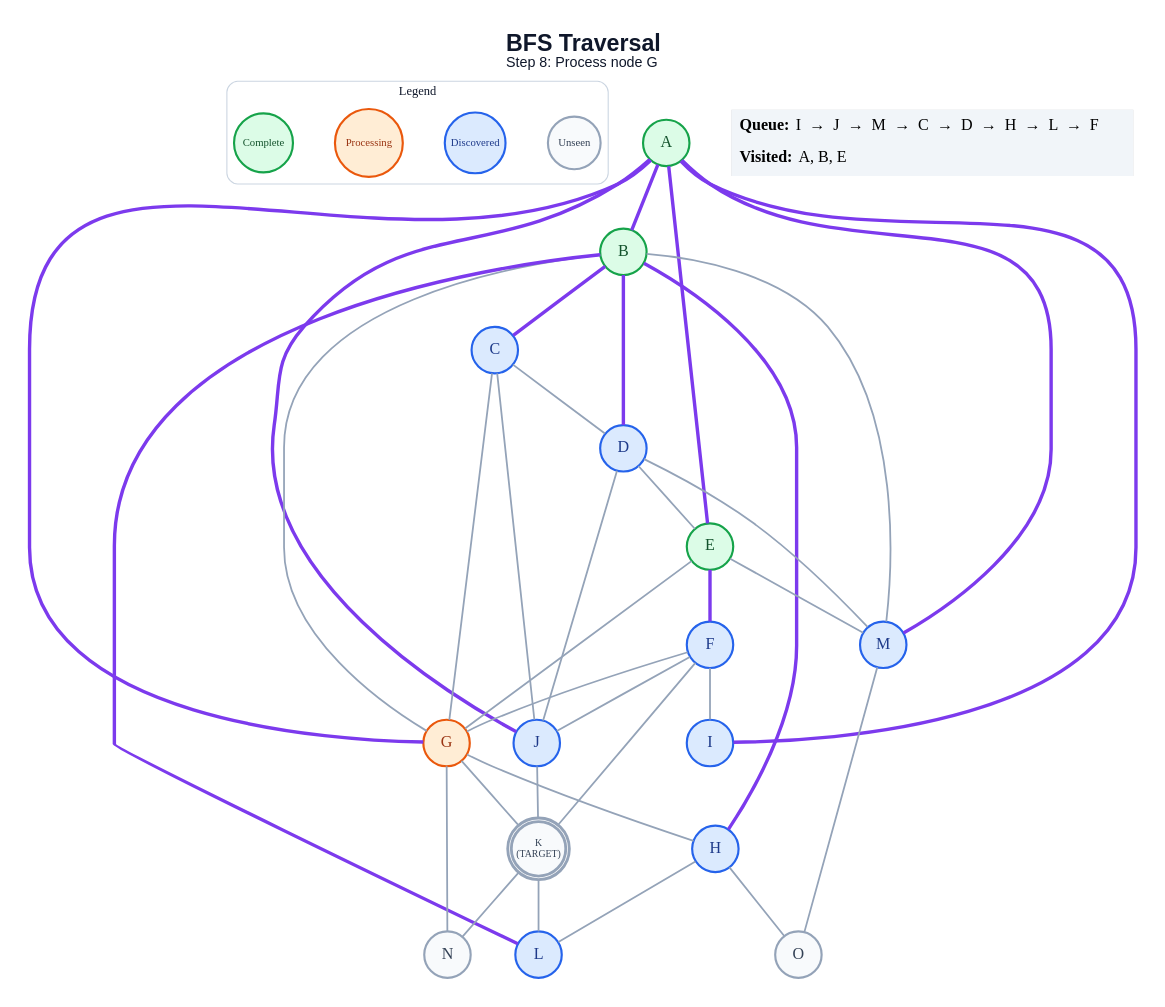
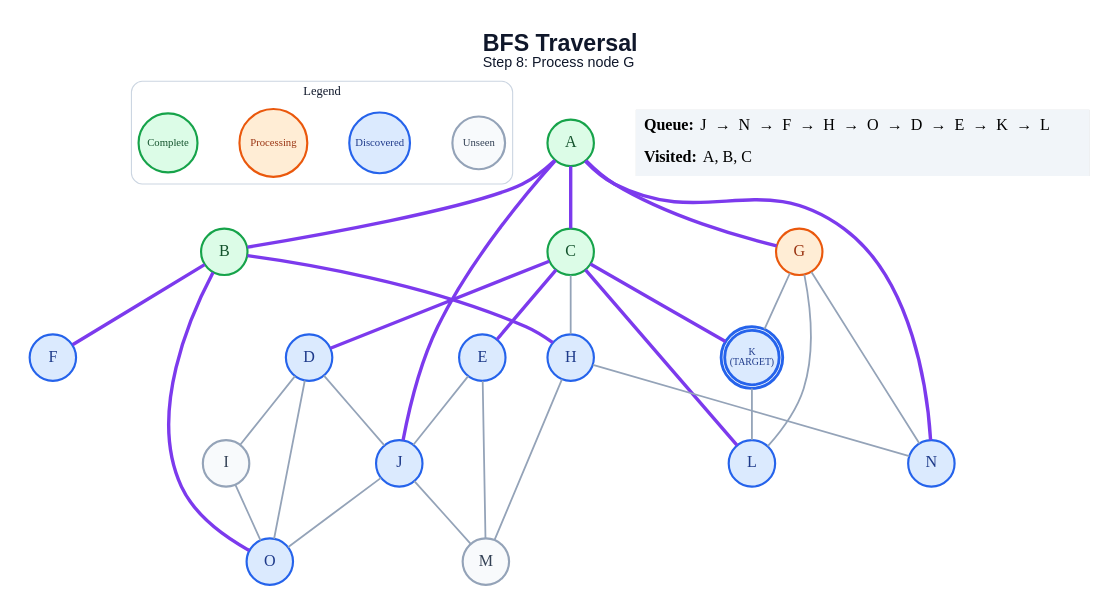
One commit to anon7238593-create/ai-slop changed the diagram in generated/specific-node/bfs/step_08.dot. Above: the diagram before and after it, drawn with Graphviz. The commit also changed 282 other files, not shown here.

```diff
--- a/generated/specific-node/bfs/step_08.dot
+++ b/generated/specific-node/bfs/step_08.dot
@@ -1,68 +1,61 @@
 graph traversal {
   graph [layout=dot, rankdir=TB, bgcolor="#FFFFFF", pad="0.35", nodesep="0.65", ranksep="0.8", fontname="Arial"];
   node [shape=circle, style="filled", fontname="Arial Bold", fontsize=18, width=0.72, fixedsize=true, penwidth=2.4];
   edge [color="#94A3B8", penwidth=2.0];
   label=<<B>BFS Traversal</B><BR/><FONT POINT-SIZE="16">Step 8: Process node G</FONT>>; labelloc="t"; fontsize=26; fontname="Arial"; fontcolor="#0F172A";
   subgraph cluster_legend { label="Legend"; color="#CBD5E1"; penwidth=1.2; style="rounded"; fontsize=14; fontname="Arial Bold";
     key_unseen [label="Unseen", fillcolor="#F8FAFC", color="#94A3B8", fontcolor="#334155", fontsize=12, width=0.82];
     key_frontier [label="Discovered", fillcolor="#DBEAFE", color="#2563EB", fontcolor="#1E3A8A", fontsize=12, width=0.95];
     key_current [label="Processing", fillcolor="#FFEDD5", color="#EA580C", fontcolor="#9A3412", fontsize=12, width=1.05];
     key_done [label="Complete", fillcolor="#DCFCE7", color="#16A34A", fontcolor="#14532D", fontsize=12, width=0.92];
     { rank=same; key_unseen; key_frontier; key_current; key_done; }
   }
   A [label="A", fillcolor="#DCFCE7", color="#16A34A", fontcolor="#14532D", peripheries=1, penwidth=2.4];
   B [label="B", fillcolor="#DCFCE7", color="#16A34A", fontcolor="#14532D", peripheries=1, penwidth=2.4];
-  C [label="C", fillcolor="#DBEAFE", color="#2563EB", fontcolor="#1E3A8A", peripheries=1, penwidth=2.4];
+  C [label="C", fillcolor="#DCFCE7", color="#16A34A", fontcolor="#14532D", peripheries=1, penwidth=2.4];
   D [label="D", fillcolor="#DBEAFE", color="#2563EB", fontcolor="#1E3A8A", peripheries=1, penwidth=2.4];
-  E [label="E", fillcolor="#DCFCE7", color="#16A34A", fontcolor="#14532D", peripheries=1, penwidth=2.4];
+  E [label="E", fillcolor="#DBEAFE", color="#2563EB", fontcolor="#1E3A8A", peripheries=1, penwidth=2.4];
   F [label="F", fillcolor="#DBEAFE", color="#2563EB", fontcolor="#1E3A8A", peripheries=1, penwidth=2.4];
   G [label="G", fillcolor="#FFEDD5", color="#EA580C", fontcolor="#9A3412", peripheries=1, penwidth=2.4];
   H [label="H", fillcolor="#DBEAFE", color="#2563EB", fontcolor="#1E3A8A", peripheries=1, penwidth=2.4];
-  I [label="I", fillcolor="#DBEAFE", color="#2563EB", fontcolor="#1E3A8A", peripheries=1, penwidth=2.4];
+  I [label="I", fillcolor="#F8FAFC", color="#94A3B8", fontcolor="#334155", peripheries=1, penwidth=2.4];
   J [label="J", fillcolor="#DBEAFE", color="#2563EB", fontcolor="#1E3A8A", peripheries=1, penwidth=2.4];
-  K [label="K\n(TARGET)", fillcolor="#F8FAFC", color="#94A3B8", fontcolor="#334155", peripheries=2, penwidth=3.2, fontsize=11, width=0.85, height=0.85];
+  K [label="K\n(TARGET)", fillcolor="#DBEAFE", color="#2563EB", fontcolor="#1E3A8A", peripheries=2, penwidth=3.2, fontsize=11, width=0.85, height=0.85];
   L [label="L", fillcolor="#DBEAFE", color="#2563EB", fontcolor="#1E3A8A", peripheries=1, penwidth=2.4];
-  M [label="M", fillcolor="#DBEAFE", color="#2563EB", fontcolor="#1E3A8A", peripheries=1, penwidth=2.4];
-  N [label="N", fillcolor="#F8FAFC", color="#94A3B8", fontcolor="#334155", peripheries=1, penwidth=2.4];
-  O [label="O", fillcolor="#F8FAFC", color="#94A3B8", fontcolor="#334155", peripheries=1, penwidth=2.4];
+  M [label="M", fillcolor="#F8FAFC", color="#94A3B8", fontcolor="#334155", peripheries=1, penwidth=2.4];
+  N [label="N", fillcolor="#DBEAFE", color="#2563EB", fontcolor="#1E3A8A", peripheries=1, penwidth=2.4];
+  O [label="O", fillcolor="#DBEAFE", color="#2563EB", fontcolor="#1E3A8A", peripheries=1, penwidth=2.4];
   A -- B [color="#7C3AED", penwidth=3.8];
-  A -- E [color="#7C3AED", penwidth=3.8];
+  A -- C [color="#7C3AED", penwidth=3.8];
   A -- G [color="#7C3AED", penwidth=3.8];
-  A -- I [color="#7C3AED", penwidth=3.8];
   A -- J [color="#7C3AED", penwidth=3.8];
-  A -- M [color="#7C3AED", penwidth=3.8];
-  B -- C [color="#7C3AED", penwidth=3.8];
-  B -- D [color="#7C3AED", penwidth=3.8];
-  B -- G;
+  A -- N [color="#7C3AED", penwidth=3.8];
+  B -- F [color="#7C3AED", penwidth=3.8];
   B -- H [color="#7C3AED", penwidth=3.8];
-  B -- L [color="#7C3AED", penwidth=3.8];
-  B -- M;
-  C -- D;
-  C -- G;
-  C -- J;
-  D -- E;
+  B -- O [color="#7C3AED", penwidth=3.8];
+  C -- D [color="#7C3AED", penwidth=3.8];
+  C -- E [color="#7C3AED", penwidth=3.8];
+  C -- H;
+  C -- K [color="#7C3AED", penwidth=3.8];
+  C -- L [color="#7C3AED", penwidth=3.8];
+  D -- I;
   D -- J;
-  D -- M;
-  E -- F [color="#7C3AED", penwidth=3.8];
-  E -- G;
+  D -- O;
+  E -- J;
   E -- M;
-  F -- G;
-  F -- I;
-  F -- J;
-  F -- K;
-  G -- H;
   G -- K;
+  G -- L;
   G -- N;
-  H -- L;
-  H -- O;
-  J -- K;
+  H -- M;
+  H -- N;
+  I -- O;
+  J -- M;
+  J -- O;
   K -- L;
-  K -- N;
-  M -- O;
   status [shape=plain, fixedsize=false, width=0, height=0, margin=0, label=<
     <TABLE BORDER="0" CELLBORDER="0" CELLPADDING="7" BGCOLOR="#F1F5F9">
-      <TR><TD ALIGN="LEFT"><B>Queue:</B> I  →  J  →  M  →  C  →  D  →  H  →  L  →  F</TD></TR>
-      <TR><TD ALIGN="LEFT"><B>Visited:</B> A, B, E</TD></TR>
+      <TR><TD ALIGN="LEFT"><B>Queue:</B> J  →  N  →  F  →  H  →  O  →  D  →  E  →  K  →  L</TD></TR>
+      <TR><TD ALIGN="LEFT"><B>Visited:</B> A, B, C</TD></TR>
     </TABLE>
   >];
 }
```
